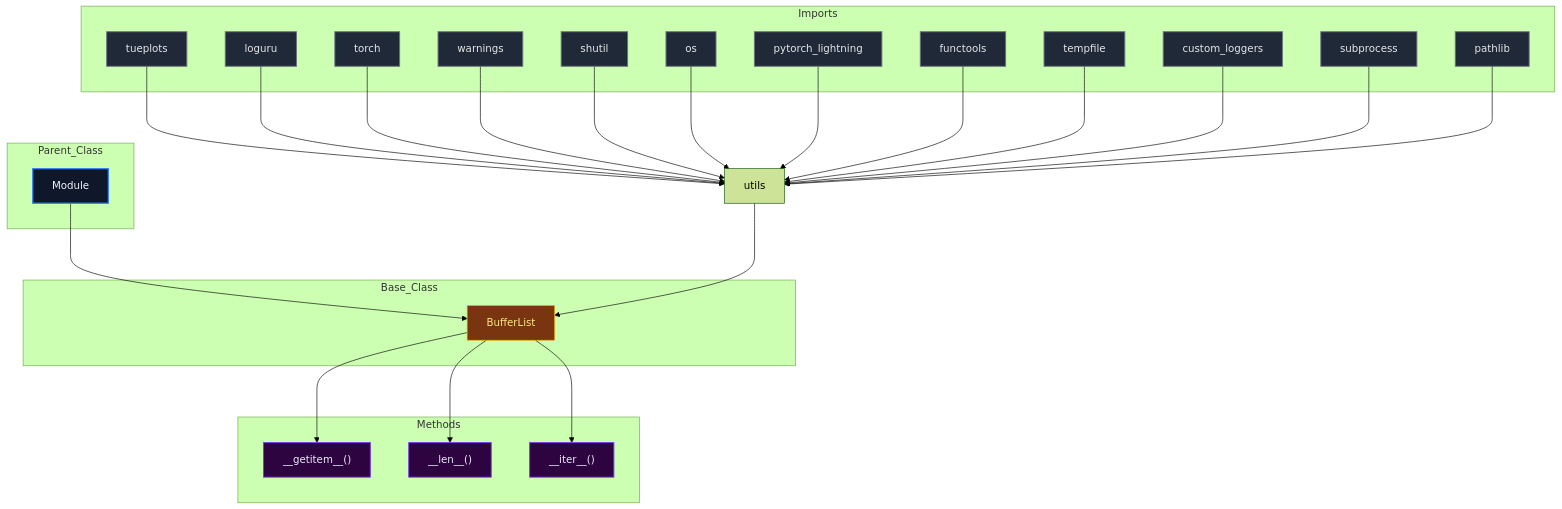
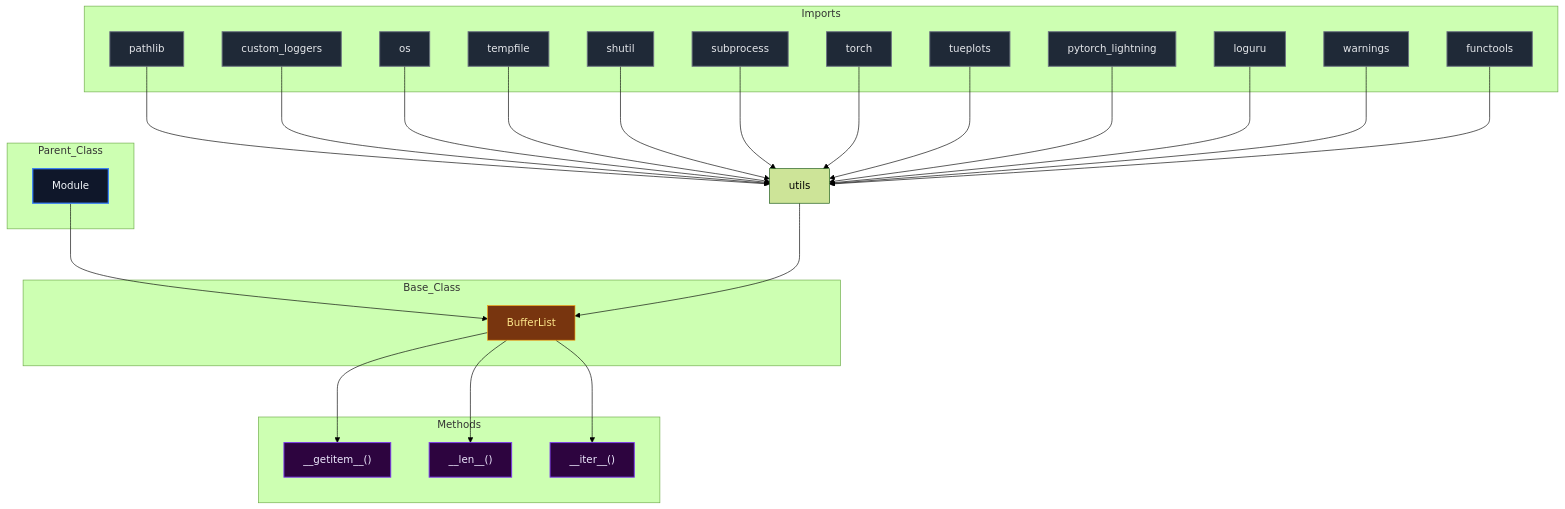
The diagram in docs/diagrams/utils_diagram.md (mllam/neural-lam), drawn with Mermaid (forest theme) before and after one commit. The commit also changed 18 other files, not shown here.

Commit message:
Auto-update Mermaid diagrams

````diff
--- a/docs/diagrams/utils_diagram.md
+++ b/docs/diagrams/utils_diagram.md
@@ -1,66 +1,66 @@
 ```mermaid
 %%{init: {'flowchart': {'nodeSpacing': 60, 'rankSpacing': 80}}}%%
 flowchart TD
 
 module["utils"]
 
 subgraph Parent_Class
     Module["Module"]
 end
 
 subgraph Base_Class
     BufferList["BufferList"]
 end
 
     Module --> BufferList
 
 subgraph Imports
+    pathlib["pathlib"]
+    custom_loggers["custom_loggers"]
+    os["os"]
+    tempfile["tempfile"]
+    shutil["shutil"]
+    subprocess["subprocess"]
+    torch["torch"]
     tueplots["tueplots"]
+    pytorch_lightning["pytorch_lightning"]
     loguru["loguru"]
-    torch["torch"]
     warnings["warnings"]
-    shutil["shutil"]
-    os["os"]
-    pytorch_lightning["pytorch_lightning"]
     functools["functools"]
-    tempfile["tempfile"]
-    custom_loggers["custom_loggers"]
-    subprocess["subprocess"]
-    pathlib["pathlib"]
 end
 
+    pathlib --> module
+    custom_loggers --> module
+    os --> module
+    tempfile --> module
+    shutil --> module
+    subprocess --> module
+    torch --> module
     tueplots --> module
+    pytorch_lightning --> module
     loguru --> module
-    torch --> module
     warnings --> module
-    shutil --> module
-    os --> module
-    pytorch_lightning --> module
     functools --> module
-    tempfile --> module
-    custom_loggers --> module
-    subprocess --> module
-    pathlib --> module
     module --> BufferList
 
 subgraph Methods
     BufferList___getitem__["__getitem__()"]
     BufferList___len__["__len__()"]
     BufferList___iter__["__iter__()"]
 end
 
     BufferList --> BufferList___getitem__
     BufferList --> BufferList___len__
     BufferList --> BufferList___iter__
 
 classDef parent fill:#0f172a,stroke:#3b82f6,stroke-width:2px,color:#f1f5f9,font-size:16px
 classDef base fill:#78350f,stroke:#f59e0b,stroke-width:1px,color:#fde68a,font-size:16px
 classDef import fill:#1f2937,stroke:#6b7280,stroke-width:1.5px,color:#e5e7eb,font-size:16px
 classDef method fill:#2d043f,stroke:#7c3aed,stroke-width:1.5px,color:#ede9fe,font-size:16px
 classDef callNode fill:#064e3b,stroke:#10b981,stroke-width:1.5px,color:#d1fae5,font-size:16px
 class Module parent
 class BufferList base
-class tueplots,loguru,torch,warnings,shutil,os,pytorch_lightning,functools,tempfile,custom_loggers,subprocess,pathlib import
+class pathlib,custom_loggers,os,tempfile,shutil,subprocess,torch,tueplots,pytorch_lightning,loguru,warnings,functools import
 class BufferList___getitem__,BufferList___len__,BufferList___iter__ method
 
 ```
````
